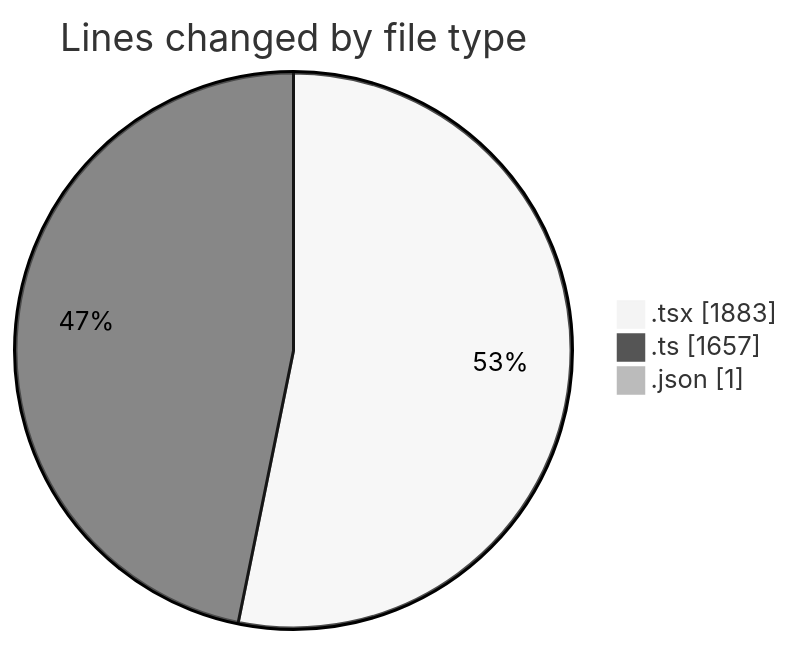
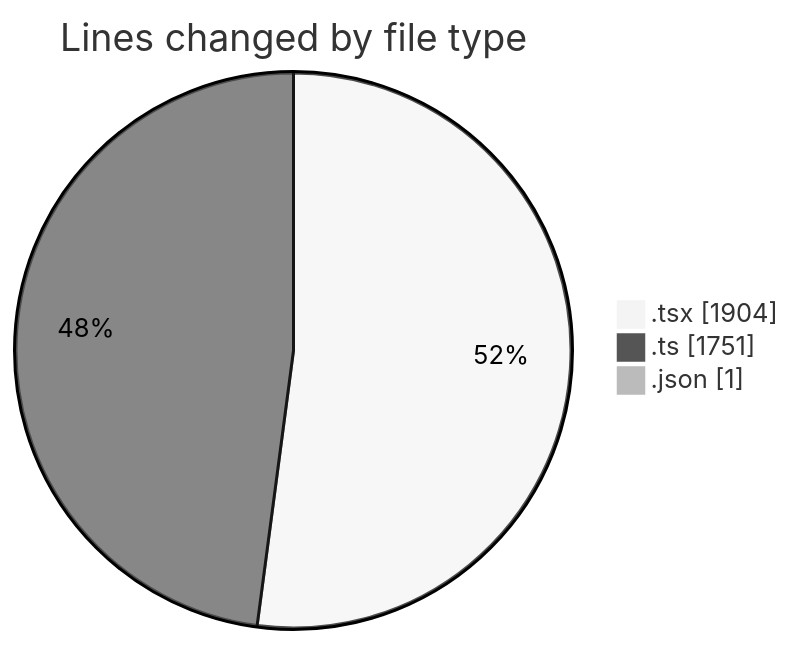
Before and after one commit to julien-gomy/code-tracking: the first of 2 diagrams in 2025-10-08/eventscop-frontend-guide__workspace_/README.md, drawn with Mermaid (neutral theme). The commit also changed other lines of this file and 1 other file, not shown here.

````diff
--- a/2025-10-08/eventscop-frontend-guide__workspace_/README.md
+++ b/2025-10-08/eventscop-frontend-guide__workspace_/README.md
@@ -34,7 +35,7 @@
 ```mermaid
 pie showData
 title Lines changed by file type
-".tsx" : 1883
-".ts" : 1657
+".tsx" : 1904
+".ts" : 1751
 ".json" : 1
 ```
````
